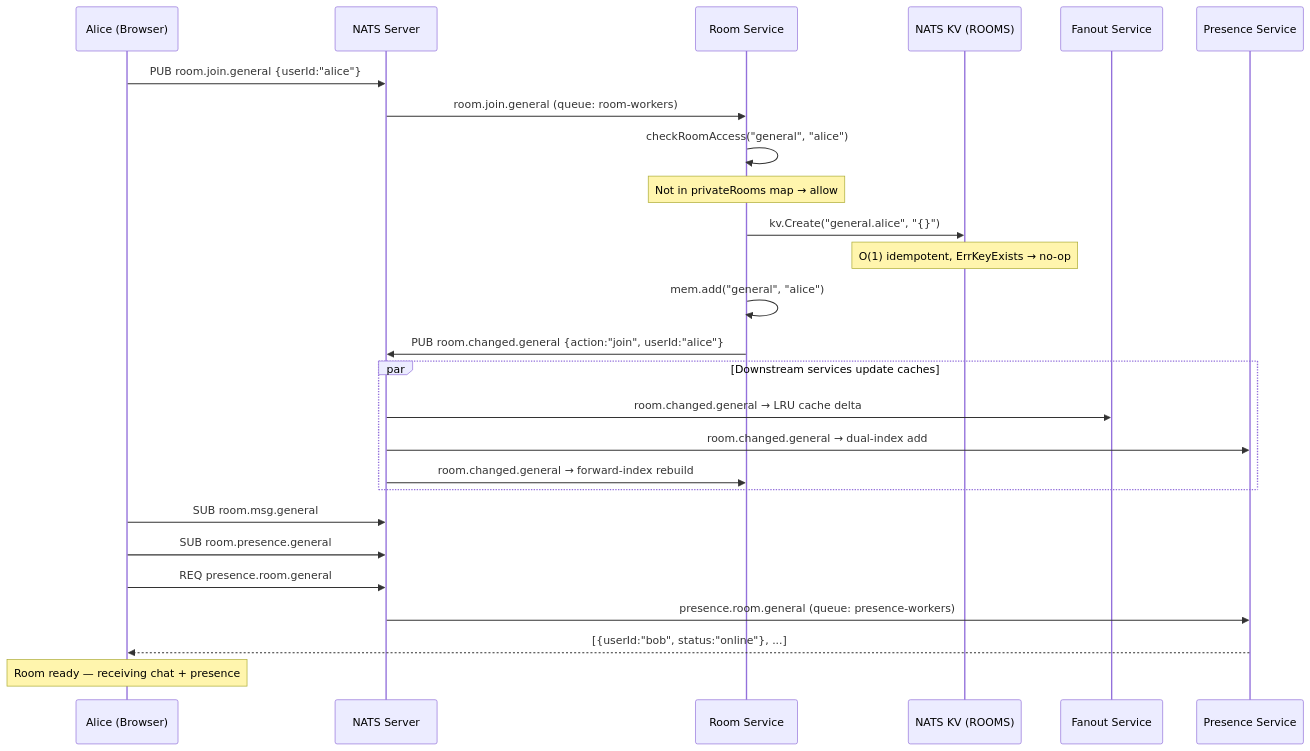
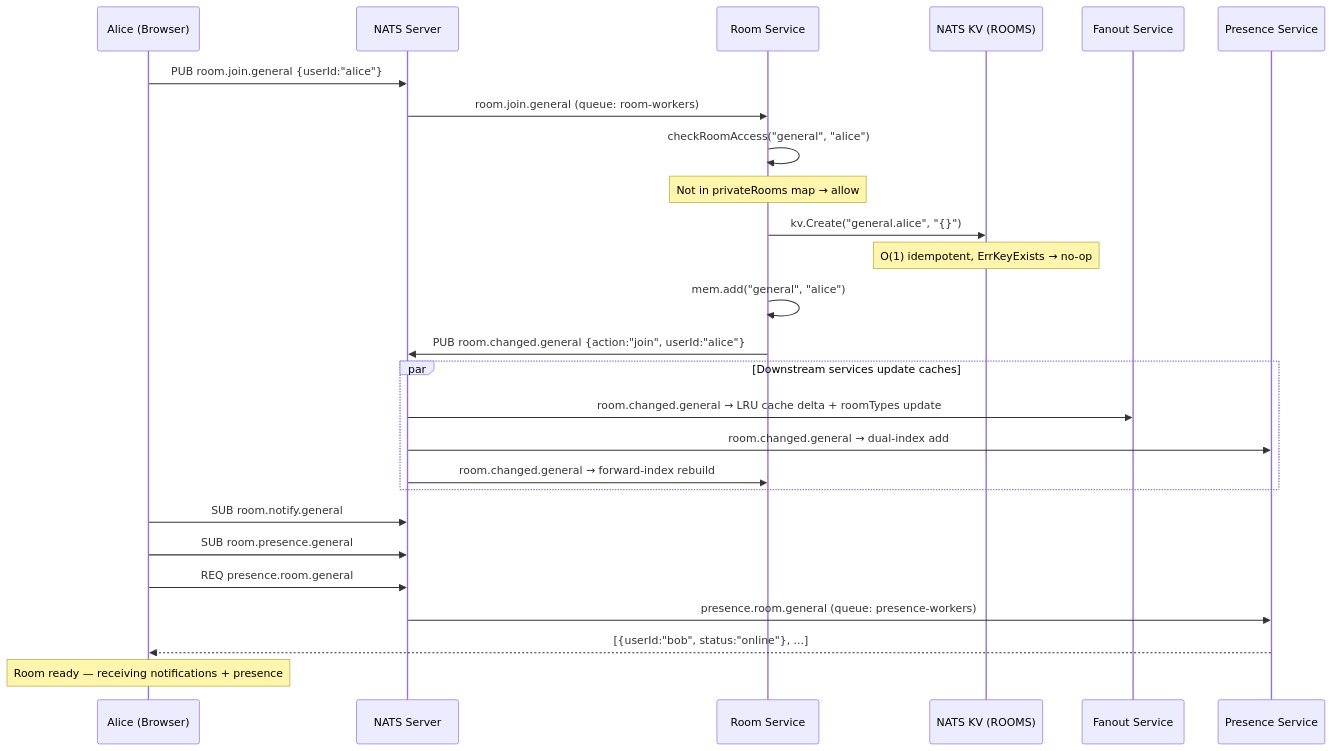
Before and after one commit to julianshen/nats-chat-keycloak: the fourth of 16 diagrams in docs/plans/2026-02-25-room-subscription-design.md, drawn with Mermaid. The commit also changed other lines of this file, not shown here.

First line of the commit message:
docs: rewrite room subscription design for two-stream architecture

````diff
--- a/docs/plans/2026-02-25-room-subscription-design.md
+++ b/docs/plans/2026-02-25-room-subscription-design.md
@@ -127,36 +179,36 @@
 ```mermaid
 sequenceDiagram
     participant Browser as Alice (Browser)
     participant NATS as NATS Server
     participant RoomSvc as Room Service
     participant KV as NATS KV (ROOMS)
     participant Fanout as Fanout Service
     participant Presence as Presence Service
 
     Browser->>NATS: PUB room.join.general {userId:"alice"}
     NATS->>RoomSvc: room.join.general (queue: room-workers)
 
     RoomSvc->>RoomSvc: checkRoomAccess("general", "alice")
     Note over RoomSvc: Not in privateRooms map → allow
 
     RoomSvc->>KV: kv.Create("general.alice", "{}")
     Note over KV: O(1) idempotent, ErrKeyExists → no-op
 
     RoomSvc->>RoomSvc: mem.add("general", "alice")
     RoomSvc->>NATS: PUB room.changed.general {action:"join", userId:"alice"}
 
     par Downstream services update caches
-        NATS->>Fanout: room.changed.general → LRU cache delta
+        NATS->>Fanout: room.changed.general → LRU cache delta + roomTypes update
         NATS->>Presence: room.changed.general → dual-index add
         NATS->>RoomSvc: room.changed.general → forward-index rebuild
     end
 
-    Browser->>NATS: SUB room.msg.general
+    Browser->>NATS: SUB room.notify.general
     Browser->>NATS: SUB room.presence.general
 
     Browser->>NATS: REQ presence.room.general
     NATS->>Presence: presence.room.general (queue: presence-workers)
     Presence-->>Browser: [{userId:"bob", status:"online"}, ...]
 
-    Note over Browser: Room ready — receiving chat + presence
+    Note over Browser: Room ready — receiving notifications + presence
 ```
````
